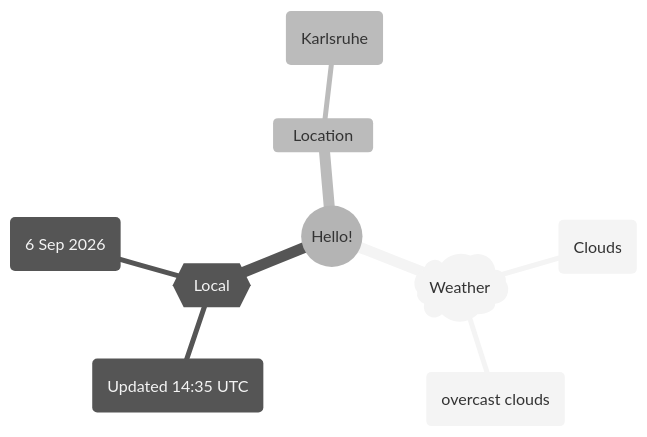
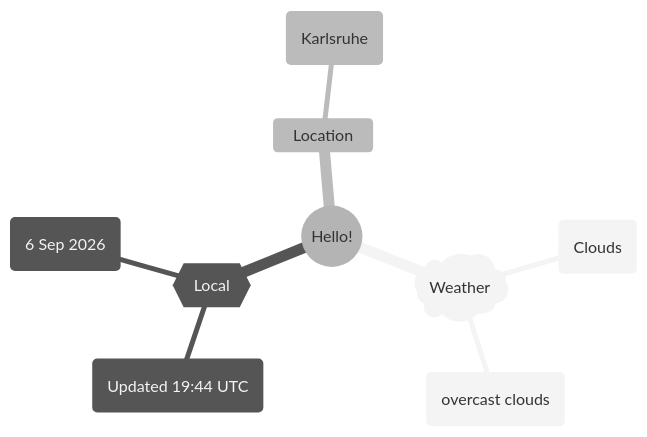
Before and after one commit to Xosrov/Xosrov: the first of 2 diagrams in README.md, drawn with Mermaid (neutral theme).

Commit message:
[bot] updated images

````diff
--- a/README.md
+++ b/README.md
@@ -3,12 +3,12 @@
 ```mermaid
 mindmap
   root((Hello!))
     )Weather(
         (Clouds)
         (overcast clouds)
     {{Local}}
-        (Updated 14:35 UTC)
+        (Updated 19:44 UTC)
         (6 Sep 2026)
     Location
         (Karlsruhe)
 ```
````
